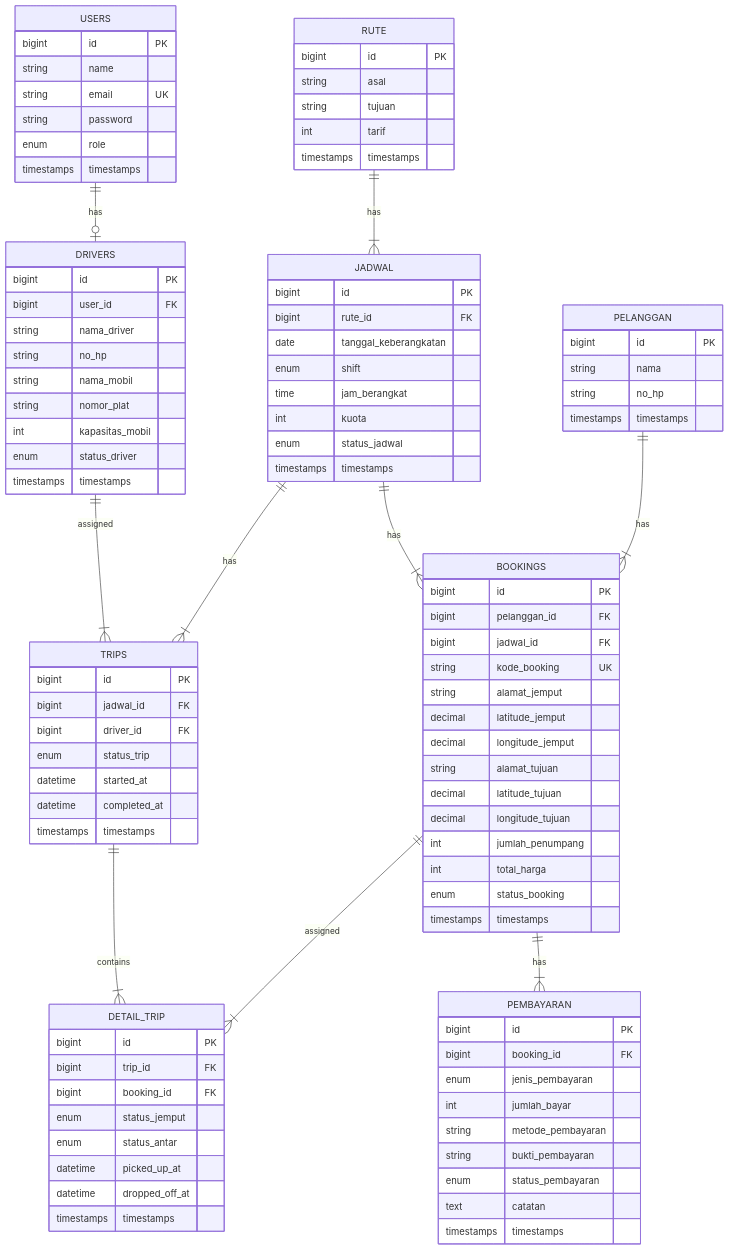
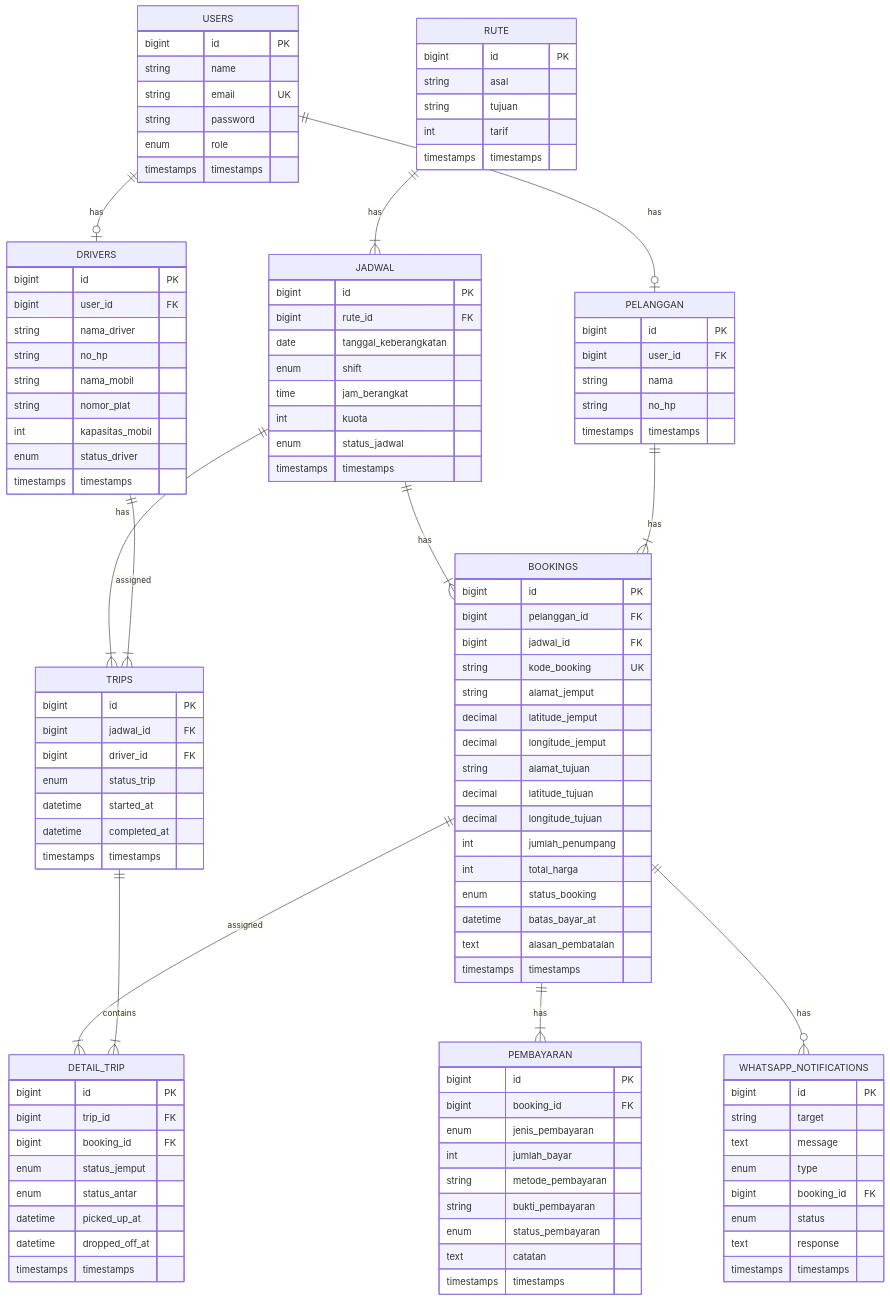
Before and after one commit to DyoTeam2B/singgalang-jaya-travel: the diagram in context/database.md, drawn with Mermaid. The commit also changed other lines of this file and 7 other files, not shown here.

````diff
--- a/context/database.md
+++ b/context/database.md
@@ -5,12 +5,14 @@
 ```mermaid
 erDiagram
     USERS ||--o| DRIVERS : "has"
+    USERS ||--o| PELANGGAN : "has"
     RUTE ||--|{ JADWAL : "has"
     JADWAL ||--|{ BOOKINGS : "has"
     JADWAL ||--|{ TRIPS : "has"
     PELANGGAN ||--|{ BOOKINGS : "has"
     BOOKINGS ||--|{ PEMBAYARAN : "has"
     BOOKINGS ||--|{ DETAIL_TRIP : "assigned"
+    BOOKINGS ||--o{ WHATSAPP_NOTIFICATIONS : "has"
     TRIPS ||--|{ DETAIL_TRIP : "contains"
     DRIVERS ||--|{ TRIPS : "assigned"
 
@@ -45,6 +47,7 @@
 
     PELANGGAN {
         bigint id PK
+        bigint user_id FK
         string nama
         string no_hp
         timestamps timestamps
@@ -75,6 +78,8 @@
         int jumlah_penumpang
         int total_harga
         enum status_booking
+        datetime batas_bayar_at
+        text alasan_pembatalan
         timestamps timestamps
     }
 
@@ -110,4 +115,15 @@
         datetime dropped_off_at
         timestamps timestamps
     }
+
+    WHATSAPP_NOTIFICATIONS {
+        bigint id PK
+        string target
+        text message
+        enum type
+        bigint booking_id FK
+        enum status
+        text response
+        timestamps timestamps
+    }
 ```
````
